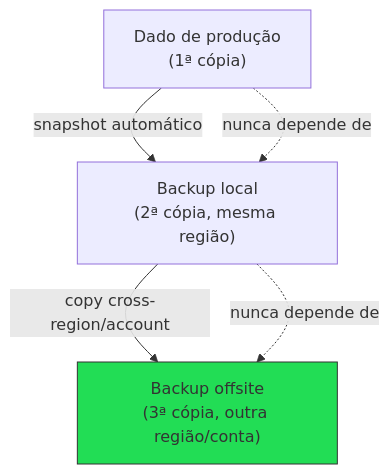
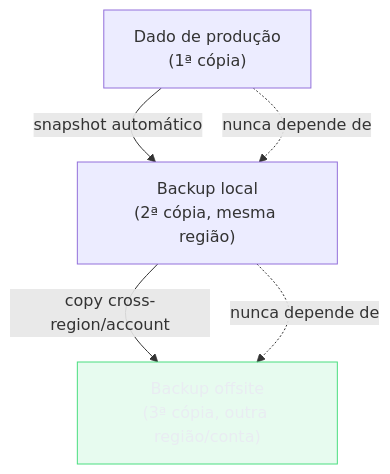
One commit to josenaldo/codex-technomanticus changed the first of 3 diagrams in 03-Dominios/Tecnologia/Cloud/20 - Resiliência e continuidade/05 - Backup, continuidade e teste.md. Above: the diagram before and after it, drawn with Mermaid. The commit also changed 1181 other files, not shown here.

First line of the commit message:
fix(diagramas): paleta do sistema no lugar de cor cravada no markdown

````diff
--- a/03-Dominios/Tecnologia/Cloud/20 - Resiliência e continuidade/05 - Backup, continuidade e teste.md
+++ b/03-Dominios/Tecnologia/Cloud/20 - Resiliência e continuidade/05 - Backup, continuidade e teste.md
@@ -33,14 +33,15 @@
 ```mermaid
 flowchart TD
+    classDef ok fill:#4ADE8021,stroke:#4ADE80,color:#E9ECF2
     Original["Dado de produção<br/>(1ª cópia)"]
     Local["Backup local<br/>(2ª cópia, mesma região)"]
     Offsite["Backup offsite<br/>(3ª cópia, outra região/conta)"]
 
     Original -->|snapshot automático| Local
     Local -->|copy cross-region/account| Offsite
 
     Original -.->|nunca depende de| Local
     Local -.->|nunca depende de| Offsite
 
-    style Offsite fill:#2d5,stroke:#333
+    class Offsite ok
 ```
````
